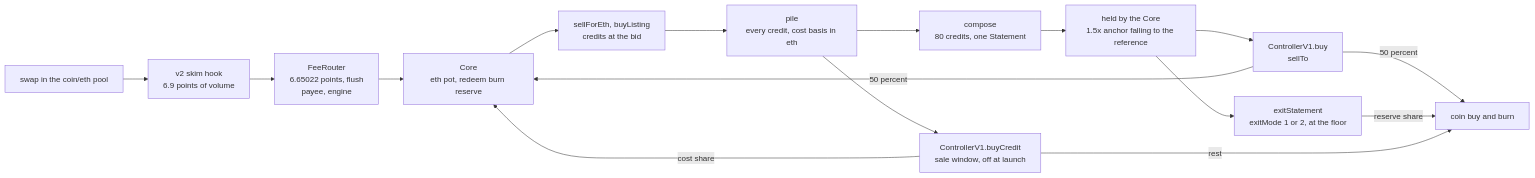
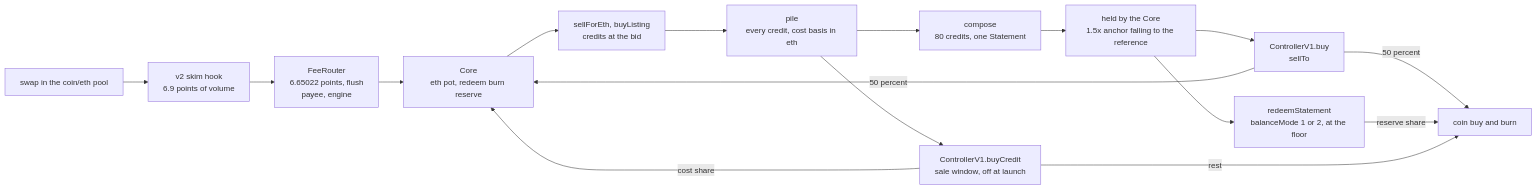
One commit to moose-code/cc changed the diagram in README.md. Above: the diagram before and after it, drawn with Mermaid. The commit also changed other lines of this file and 77 other files, not shown here.

Commit message:
packet 1: rename exit to balance (decision 102). balanceToken, balanceModule, balanceMode, redeemStatement, sellForBalance, balancePot, redeemSlippageBps, balanceBidMarginBps, setBalancePoolKey; interfaces regenerated, build pins re-pinned

````diff
--- a/README.md
+++ b/README.md
@@ -17,25 +17,25 @@
 ```mermaid
 graph LR
     swap["swap in the coin/eth pool"]
     hook["v2 skim hook<br/>6.9 points of volume"]
     router["FeeRouter<br/>6.65022 points, flush<br/>payee, engine"]
     core["Core<br/>eth pot, redeem burn reserve"]
     buy["sellForEth, buyListing<br/>credits at the bid"]
     compose["compose<br/>80 credits, one Statement"]
     pile["pile<br/>every credit, cost basis in eth"]
     held["held by the Core<br/>1.5x anchor falling to the reference"]
     credsale["ControllerV1.buyCredit<br/>sale window, off at launch"]
     sold["ControllerV1.buy<br/>sellTo"]
     burn["coin buy and burn"]
-    exit["exitStatement<br/>exitMode 1 or 2, at the floor"]
+    redeem["redeemStatement<br/>balanceMode 1 or 2, at the floor"]
 
     swap --> hook --> router --> core --> buy --> pile --> compose --> held
     pile --> credsale
     held --> sold
-    held --> exit
+    held --> redeem
     sold -->|50 percent| burn
     sold -->|50 percent| core
-    exit -->|reserve share| burn
+    redeem -->|reserve share| burn
     credsale -->|cost share| core
     credsale -->|rest| burn
 ```
````
